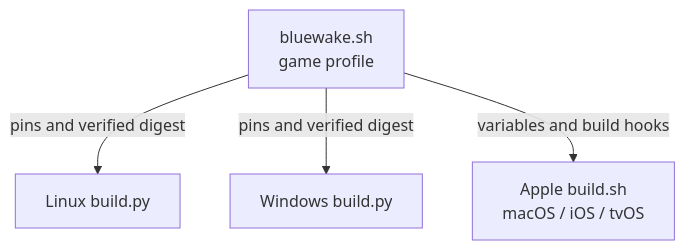
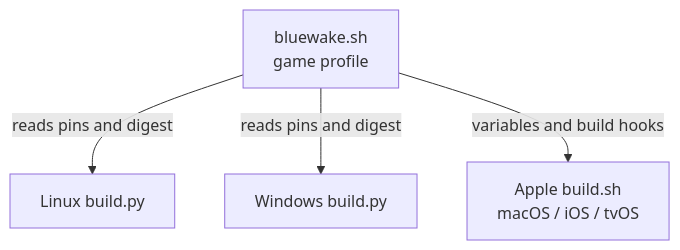
One commit to Aelbannan/boat_of_daphnes changed the second of 2 diagrams in docs/architecture/Build.md. Above: the diagram before and after it, drawn with Mermaid. The commit also changed other lines of this file, not shown here.

````diff
--- a/docs/architecture/Build.md
+++ b/docs/architecture/Build.md
@@ -63,11 +67,11 @@
 ```mermaid
 flowchart TD
     Profile["bluewake.sh<br/>game profile"]
     Linux["Linux build.py"]
     Windows["Windows build.py"]
     Apple["Apple build.sh<br/>macOS / iOS / tvOS"]
 
-    Profile -->|pins and verified digest| Linux
-    Profile -->|pins and verified digest| Windows
+    Profile -->|reads pins and digest| Linux
+    Profile -->|reads pins and digest| Windows
     Profile -->|variables and build hooks| Apple
 ```
````
